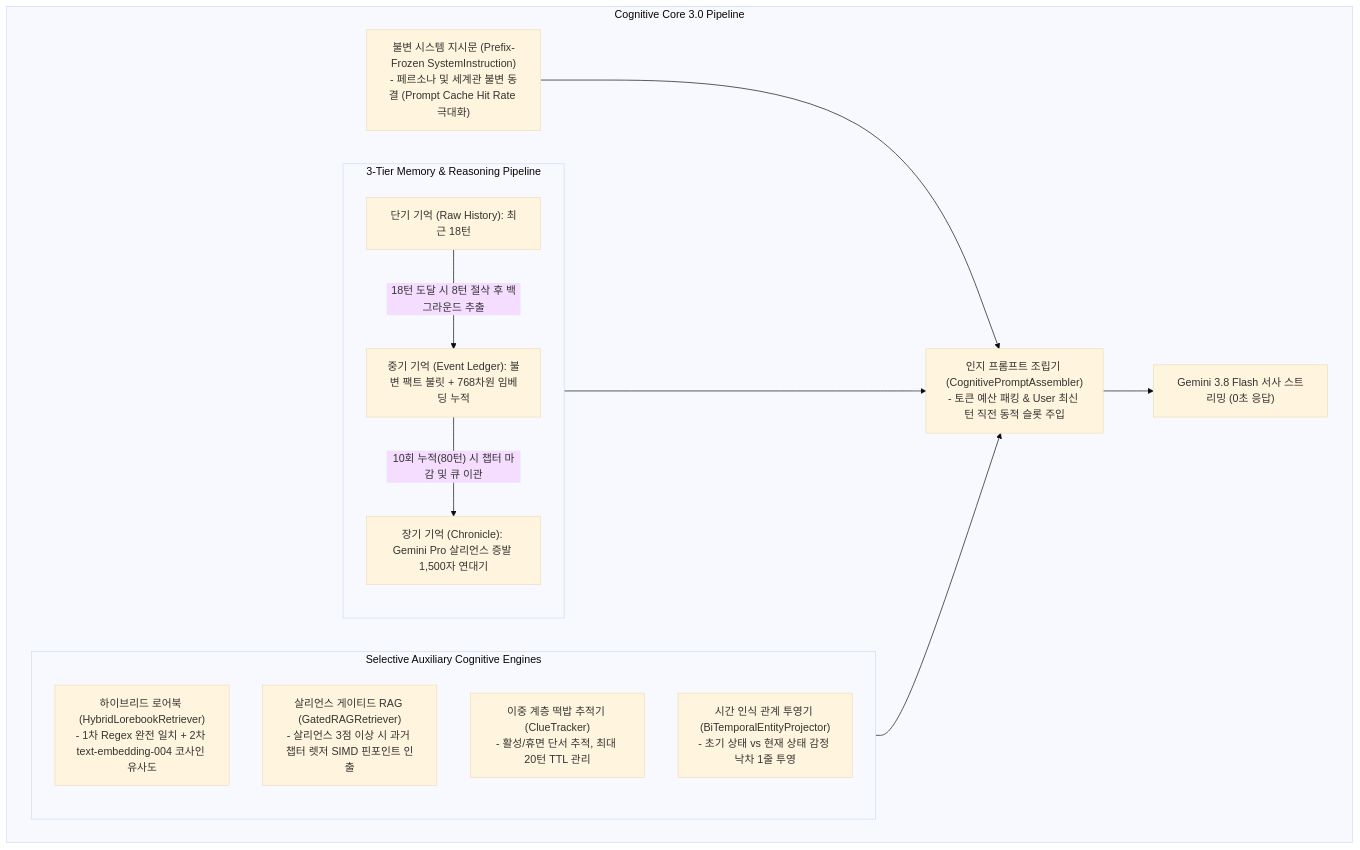
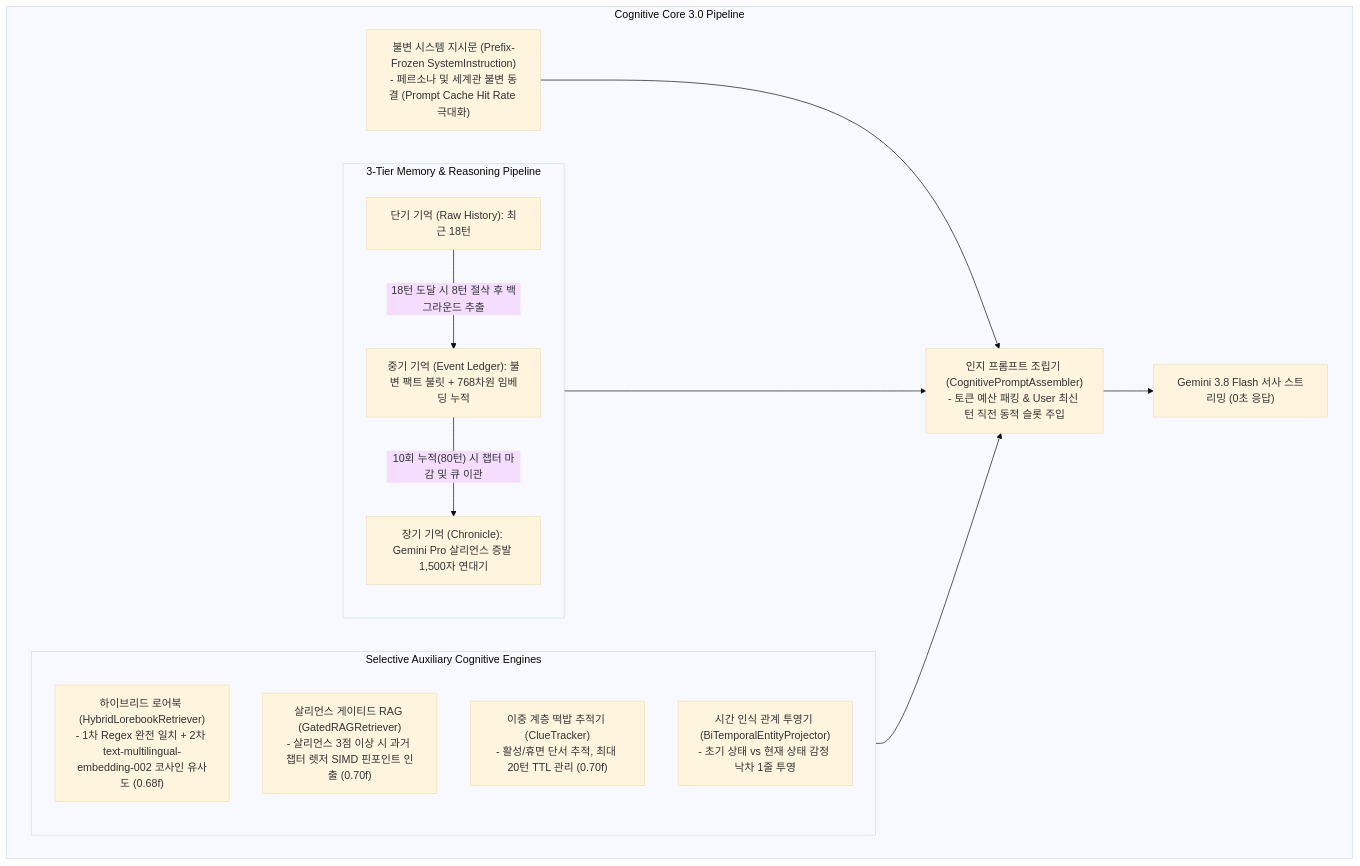
Before and after one commit to jin20203458/Obsidian.Agent: the first of 3 diagrams in GRC/docs/01_grc_architecture.md, drawn with Mermaid (base theme). The commit also changed other lines of this file and 1 other file, not shown here.

Commit message:
vault backup: 2026-10-16 10:54:13

````diff
--- a/GRC/docs/01_grc_architecture.md
+++ b/GRC/docs/01_grc_architecture.md
@@ -28,29 +28,29 @@
 ```mermaid
 flowchart TB
     subgraph COGNITIVE_CORE ["Cognitive Core 3.0 Pipeline"]
         SYS["불변 시스템 지시문 (Prefix-Frozen SystemInstruction)<br>- 페르소나 및 세계관 불변 동결 (Prompt Cache Hit Rate 극대화)"]
         
         subgraph TIERS ["3-Tier Memory & Reasoning Pipeline"]
             M1["단기 기억 (Raw History): 최근 18턴"]
             M2["중기 기억 (Event Ledger): 불변 팩트 불릿 + 768차원 임베딩 누적"]
             M3["장기 기억 (Chronicle): Gemini Pro 살리언스 증발 1,500자 연대기"]
             
             M1 -->|"18턴 도달 시 8턴 절삭 후 백그라운드 추출"| M2
             M2 -->|"10회 누적(80턴) 시 챕터 마감 및 큐 이관"| M3
         end
         
         subgraph AUXILIARY ["Selective Auxiliary Cognitive Engines"]
-            HL["하이브리드 로어북 (HybridLorebookRetriever)<br>- 1차 Regex 완전 일치 + 2차 text-embedding-004 코사인 유사도"]
-            GR["살리언스 게이티드 RAG (GatedRAGRetriever)<br>- 살리언스 3점 이상 시 과거 챕터 렛저 SIMD 핀포인트 인출"]
-            CT["이중 계층 떡밥 추적기 (ClueTracker)<br>- 활성/휴면 단서 추적, 최대 20턴 TTL 관리"]
+            HL["하이브리드 로어북 (HybridLorebookRetriever)<br>- 1차 Regex 완전 일치 + 2차 text-multilingual-embedding-002 코사인 유사도 (0.68f)"]
+            GR["살리언스 게이티드 RAG (GatedRAGRetriever)<br>- 살리언스 3점 이상 시 과거 챕터 렛저 SIMD 핀포인트 인출 (0.70f)"]
+            CT["이중 계층 떡밥 추적기 (ClueTracker)<br>- 활성/휴면 단서 추적, 최대 20턴 TTL 관리 (0.70f)"]
             BP["시간 인식 관계 투영기 (BiTemporalEntityProjector)<br>- 초기 상태 vs 현재 상태 감정 낙차 1줄 투영"]
         end
         
         ASSEMBLER["인지 프롬프트 조립기 (CognitivePromptAssembler)<br>- 토큰 예산 패킹 & User 최신 턴 직전 동적 슬롯 주입"]
         
         SYS --> ASSEMBLER
         TIERS --> ASSEMBLER
         AUXILIARY --> ASSEMBLER
         ASSEMBLER --> LLM["Gemini 3.8 Flash 서사 스트리밍 (0초 응답)"]
     end
 ```
````
